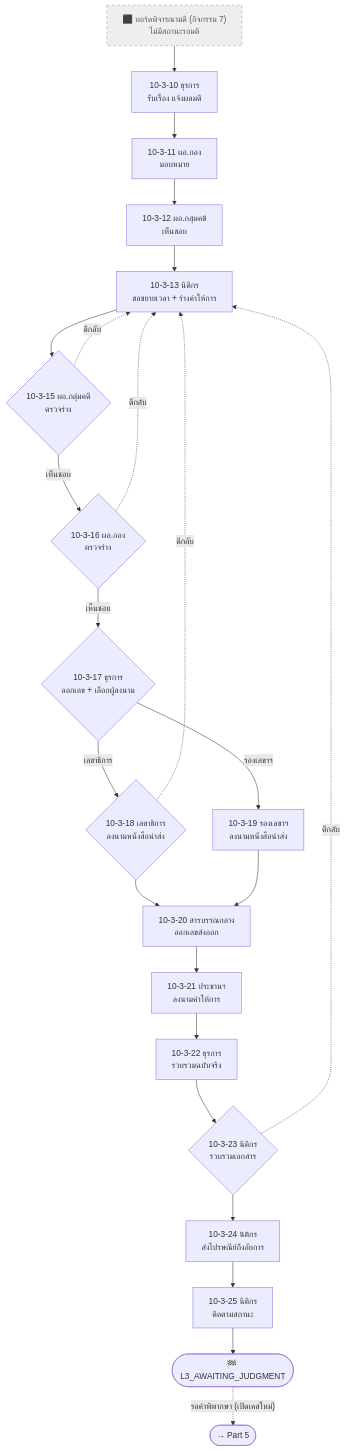
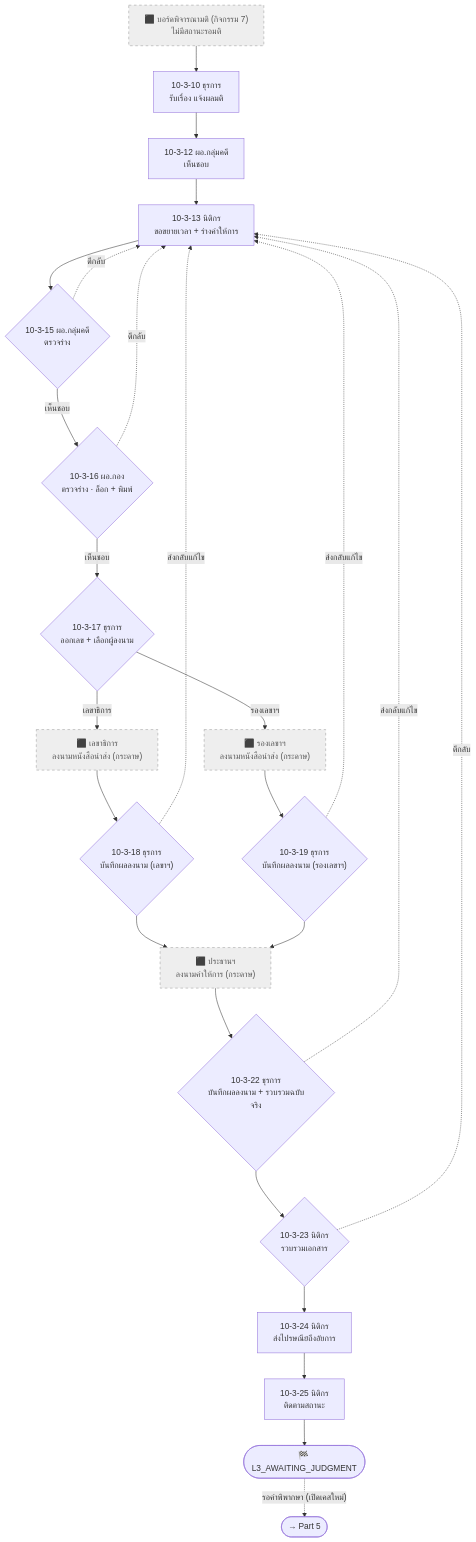
The fourth of 13 diagrams in docs/activity10-flow-10.3.md (varitthon/E-CMIS-A4), drawn with Mermaid before and after one commit. The commit also changed other lines of this file and 181 other files, not shown here.

First line of the commit message:
feat: ปรับ flow หลังประชุมคณะกรรมการ 14/10 — ตัดขั้นตอนมอบหมาย ผอ.กฎหมาย + เพิ่มระบบคำพิพากษา

````diff
--- a/docs/activity10-flow-10.3.md
+++ b/docs/activity10-flow-10.3.md
@@ -133,19 +151,22 @@
 ```mermaid
 flowchart TD
-  X4["⬛ บอร์ดพิจารณามติ (กิจกรรม 7)<br/>ไม่มีสถานะรอมติ"]:::ext --> Q10["10-3-10 ธุรการ<br/>รับเรื่อง แจ้งผลมติ"] --> Q11["10-3-11 ผอ.กอง<br/>มอบหมาย"] --> Q12["10-3-12 ผอ.กลุ่มคดี<br/>เห็นชอบ"] --> Q13["10-3-13 นิติกร<br/>ขอขยายเวลา + ร่างคำให้การ"]
+  X4["⬛ บอร์ดพิจารณามติ (กิจกรรม 7)<br/>ไม่มีสถานะรอมติ"]:::ext --> Q10["10-3-10 ธุรการ<br/>รับเรื่อง แจ้งผลมติ"] --> Q12["10-3-12 ผอ.กลุ่มคดี<br/>เห็นชอบ"] --> Q13["10-3-13 นิติกร<br/>ขอขยายเวลา + ร่างคำให้การ"]
   Q13 --> Q15{"10-3-15 ผอ.กลุ่มคดี<br/>ตรวจร่าง"}
   Q15 -. ตีกลับ .-> Q13
-  Q15 -- เห็นชอบ --> Q16{"10-3-16 ผอ.กอง<br/>ตรวจร่าง"}
+  Q15 -- เห็นชอบ --> Q16{"10-3-16 ผอ.กอง<br/>ตรวจร่าง · ล็อก + พิมพ์"}
   Q16 -. ตีกลับ .-> Q13
   Q16 -- เห็นชอบ --> Q17{"10-3-17 ธุรการ<br/>ออกเลข + เลือกผู้ลงนาม"}
-  Q17 -- เลขาธิการ --> Q18{"10-3-18 เลขาธิการ<br/>ลงนามหนังสือนำส่ง"}
-  Q18 -. ตีกลับ .-> Q13
-  Q17 -- รองเลขาฯ --> Q19["10-3-19 รองเลขาฯ<br/>ลงนามหนังสือนำส่ง"]
-  Q18 --> Q20["10-3-20 สารบรรณกลาง<br/>ออกเลขส่งออก"]
-  Q19 --> Q20
-  Q20 --> Q21["10-3-21 ประธานฯ<br/>ลงนามคำให้การ"] --> Q22["10-3-22 ธุรการ<br/>รวบรวมฉบับจริง"] --> Q23{"10-3-23 นิติกร<br/>รวบรวมเอกสาร"}
+  Q17 -- เลขาธิการ --> XS["⬛ เลขาธิการ<br/>ลงนามหนังสือนำส่ง (กระดาษ)"]:::ext --> Q18{"10-3-18 ธุรการ<br/>บันทึกผลลงนาม (เลขาฯ)"}
+  Q17 -- รองเลขาฯ --> XD["⬛ รองเลขาฯ<br/>ลงนามหนังสือนำส่ง (กระดาษ)"]:::ext --> Q19{"10-3-19 ธุรการ<br/>บันทึกผลลงนาม (รองเลขาฯ)"}
+  Q18 -. ส่งกลับแก้ไข .-> Q13
+  Q19 -. ส่งกลับแก้ไข .-> Q13
+  Q18 --> XC["⬛ ประธานฯ<br/>ลงนามคำให้การ (กระดาษ)"]:::ext
+  Q19 --> XC
+  XC --> Q22{"10-3-22 ธุรการ<br/>บันทึกผลลงนาม + รวบรวมฉบับจริง"}
+  Q22 -. ส่งกลับแก้ไข .-> Q13
+  Q22 --> Q23{"10-3-23 นิติกร<br/>รวบรวมเอกสาร"}
   Q23 -. ตีกลับ .-> Q13
   Q23 --> Q24["10-3-24 นิติกร<br/>ส่งไปรษณีย์ถึงอัยการ"] --> Q25["10-3-25 นิติกร<br/>ติดตามสถานะ"] --> T(["🏁 L3_AWAITING_JUDGMENT"])
   T -. "รอคำพิพากษา (เปิดเคสใหม่)" .-> O5(["→ Part 5"])
   classDef ext fill:#eeeeee,stroke:#999999,stroke-dasharray:5 5,color:#555555
 ```
````
